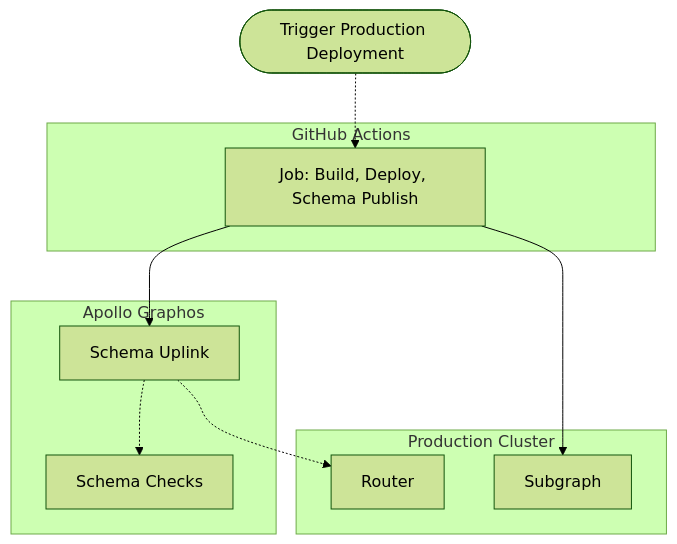
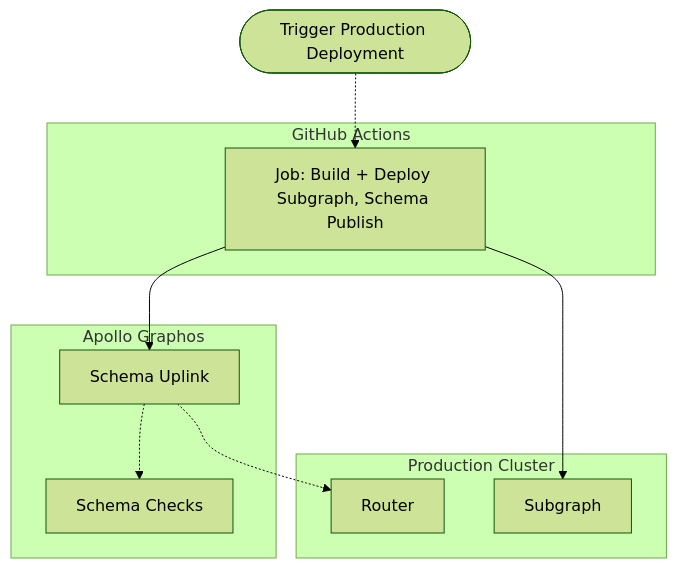
One commit to apollographql/docs changed the ninth of 13 diagrams in src/content/graphos/enterprise/reference-architecture.mdx. Above: the diagram before and after it, drawn with Mermaid (forest theme). The commit also changed other lines of this file, not shown here.

Commit message:
Adding descriptions for mermaid graphs

````diff
--- a/src/content/graphos/enterprise/reference-architecture.mdx
+++ b/src/content/graphos/enterprise/reference-architecture.mdx
@@ -429,24 +431,24 @@
 ```mermaid
 flowchart TB
   trigger(["Trigger Production Deployment"])
 
   subgraph githubactions["GitHub Actions"]
-    builddev["Job: Build, Deploy, Schema Publish"]
+    builddev["Job: Build + Deploy Subgraph, Schema Publish"]
   end
 
   subgraph devcluster["Production Cluster"]
     router["Router"]
     subgraphs["Subgraph"]
   end
 
   subgraph graphos["Apollo Graphos"]
     checks["Schema Checks"]
     uplink["Schema Uplink"]
   end
 
   trigger -.-> builddev
   builddev --> subgraphs
   builddev --> uplink
   uplink -.-> checks
   uplink -.-> router
 ```
````
